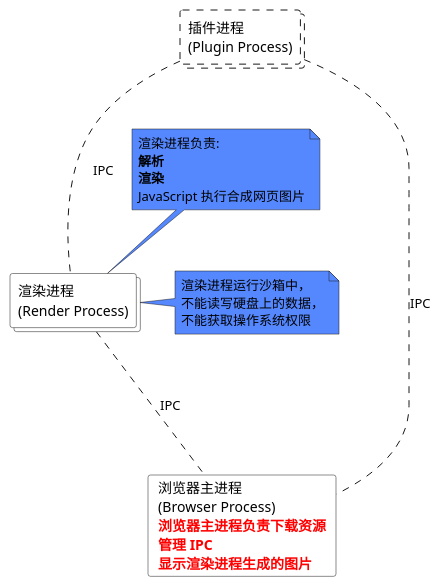
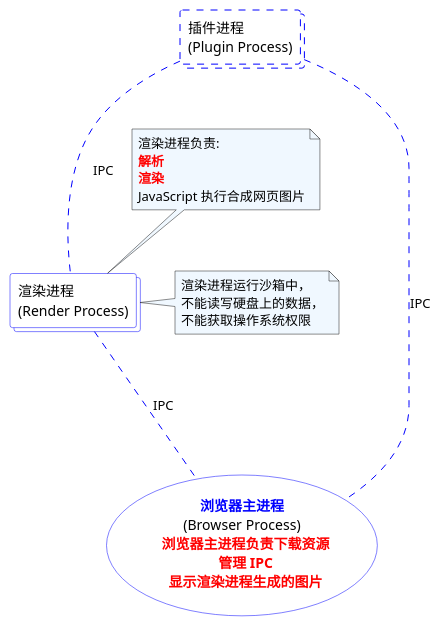
One commit to HelenZhangLP/blog changed the third of 5 diagrams in source/_posts/浏览器工作原理——chrome打开一个页面执行的进程.md. Above: the diagram before and after it, drawn with PlantUML. The commit also changed other lines of this file and 88 other files, not shown here.

```diff
--- a/source/_posts/浏览器工作原理——chrome打开一个页面执行的进程.md
+++ b/source/_posts/浏览器工作原理——chrome打开一个页面执行的进程.md
@@ -71,21 +127,21 @@
 {% plantuml %}
-  collections "插件进程\n(Plugin Process)" as pluginProcess #fff;line.dashed
+  collections "插件进程\n(Plugin Process)" as pluginProcess #fff;line.dashed;line:blue
 
-  collections "渲染进程\n(Render Process)" as renderProcess #fff
-  note right of renderProcess #58f: 渲染进程运行沙箱中，\n不能读写硬盘上的数据，\n不能获取操作系统权限
-  note top of renderProcess #58f: 渲染进程负责: \n<b>解析</b>\n<b>渲染</b>\nJavaScript 执行合成网页图片
+  collections "渲染进程\n(Render Process)" as renderProcess #fff;line:blue
+  note right of renderProcess #aliceblue;line.dotted;line:blue;: 渲染进程运行沙箱中，\n不能读写硬盘上的数据，\n不能获取操作系统权限
+  note top of renderProcess #aliceblue;line.dotted;line:blue;: 渲染进程负责: \n<color:red>**解析**</color>\n<color:red>**渲染**</color>\nJavaScript 执行合成网页图片
 
-  pluginProcess ... renderProcess: IPC
+  pluginProcess ..[#blue]. renderProcess: IPC
 
-  card BrowserProcess #fff [
-      浏览器主进程
+  usecase BrowserProcess #fff;line:blue; [
+    <color:blue>**浏览器主进程**</color>
     (Browser Process)
       <b><color:red>浏览器主进程负责下载资源</color></b>
       <b><color:red>管理 IPC</color></b>
       <b><color:red>显示渲染进程生成的图片</color></b>
   ]
 
-  pluginProcess ... BrowserProcess:IPC
-  renderProcess ... BrowserProcess:IPC
+  pluginProcess ..[#blue]. BrowserProcess:IPC
+  renderProcess ..[#blue]. BrowserProcess:IPC
 
 {% endplantuml %}
```
